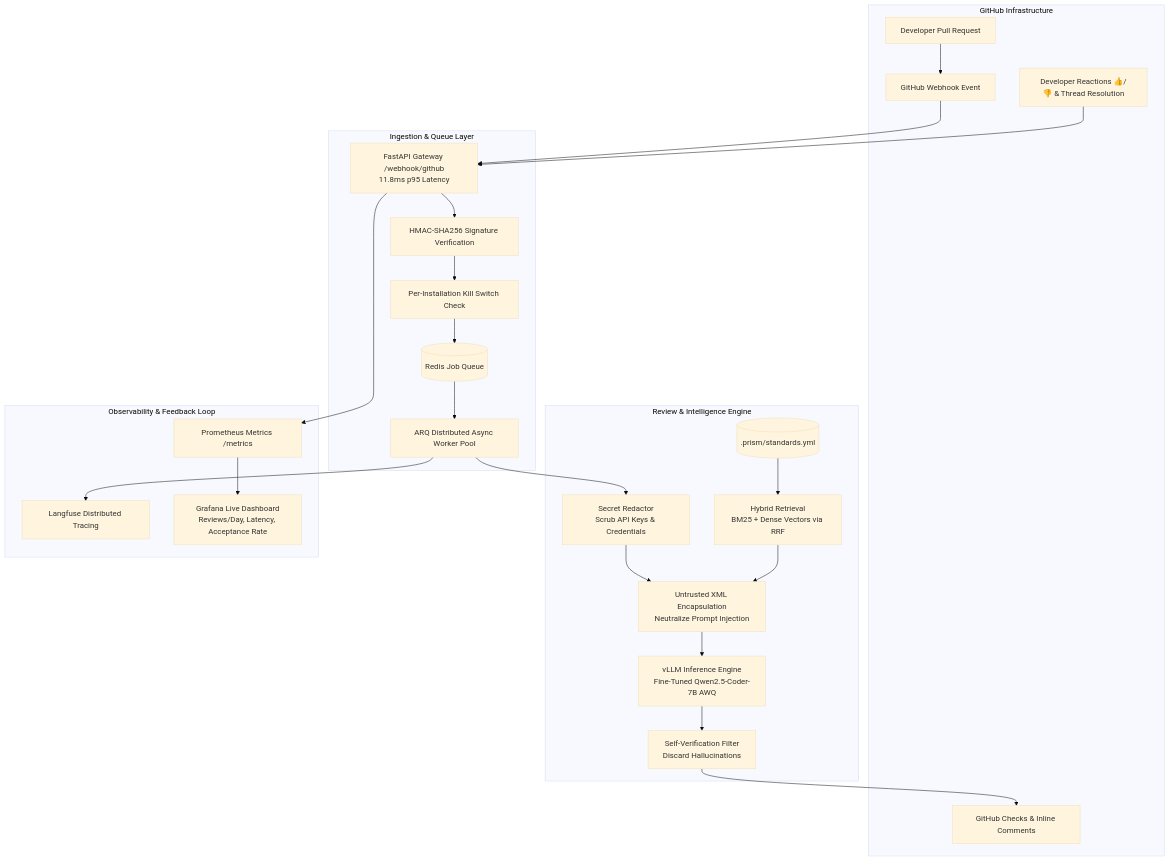
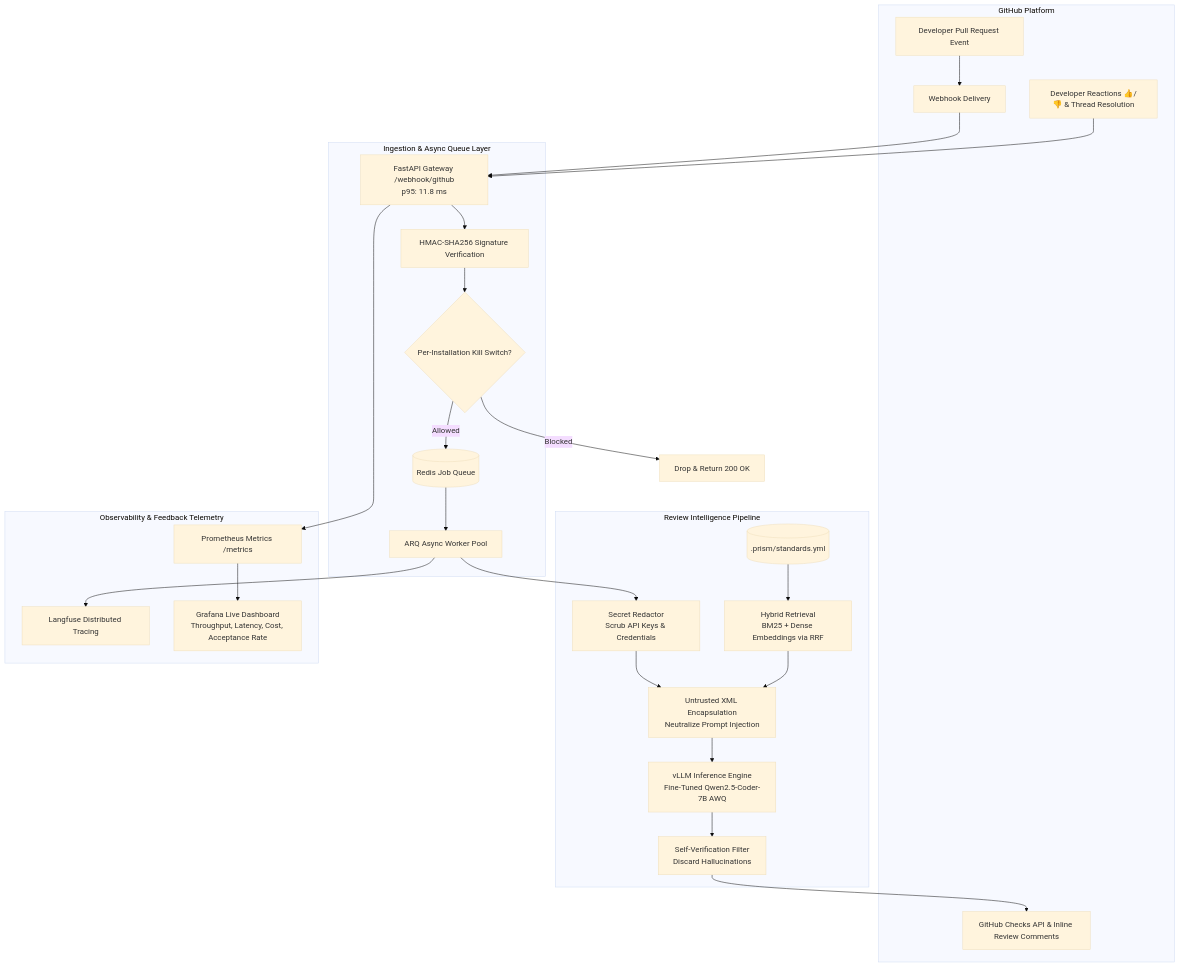
One commit to binodbishwakarama-max/codeagent changed the diagram in README.md. Above: the diagram before and after it, drawn with Mermaid (base theme). The commit also changed other lines of this file and 2 other files, not shown here.

Commit message:
docs: upgrade to top-tier production README with visual hero, video demo, and architecture

````diff
--- a/README.md
+++ b/README.md
@@ -23,40 +85,42 @@
 ```mermaid
 flowchart TD
-    subgraph GitHub ["GitHub Infrastructure"]
-        PR[Developer Pull Request]
-        WH[GitHub Webhook Event]
-        CR[GitHub Checks & Inline Comments]
+    subgraph GitHub ["GitHub Platform"]
+        PR[Developer Pull Request Event]
+        WH[Webhook Delivery]
+        CR[GitHub Checks API & Inline Review Comments]
         RX[Developer Reactions 👍/👎 & Thread Resolution]
     end
 
-    subgraph Ingestion ["Ingestion & Queue Layer"]
-        API[FastAPI Gateway /webhook/github<br/>11.8ms p95 Latency]
+    subgraph Ingestion ["Ingestion & Async Queue Layer"]
+        API[FastAPI Gateway /webhook/github<br/>p95: 11.8 ms]
         HMAC[HMAC-SHA256 Signature Verification]
-        KILL[Per-Installation Kill Switch Check]
+        KILL{Per-Installation Kill Switch?}
         REDIS[(Redis Job Queue)]
-        WORKER[ARQ Distributed Async Worker Pool]
+        WORKER[ARQ Async Worker Pool]
     end
 
-    subgraph ReviewPipeline ["Review & Intelligence Engine"]
+    subgraph Intelligence ["Review Intelligence Pipeline"]
         REDACT[Secret Redactor<br/>Scrub API Keys & Credentials]
         UNTRUST[Untrusted XML Encapsulation<br/>Neutralize Prompt Injection]
-        RETRIB[Hybrid Retrieval<br/>BM25 + Dense Vectors via RRF]
+        RETRIB[Hybrid Retrieval<br/>BM25 + Dense Embeddings via RRF]
         STANDARDS[(.prism/standards.yml)]
         LLM[vLLM Inference Engine<br/>Fine-Tuned Qwen2.5-Coder-7B AWQ]
         VERIFY[Self-Verification Filter<br/>Discard Hallucinations]
     end
 
-    subgraph Observability ["Observability & Feedback Loop"]
+    subgraph Observability ["Observability & Feedback Telemetry"]
         TRC[Langfuse Distributed Tracing]
         MET[Prometheus Metrics /metrics]
-        DASH[Grafana Live Dashboard<br/>Reviews/Day, Latency, Acceptance Rate]
+        DASH[Grafana Live Dashboard<br/>Throughput, Latency, Cost, Acceptance Rate]
     end
 
     PR --> WH --> API
-    API --> HMAC --> KILL --> REDIS --> WORKER
+    API --> HMAC --> KILL
+    KILL -- Blocked --> DROP[Drop & Return 200 OK]
+    KILL -- Allowed --> REDIS --> WORKER
     WORKER --> REDACT --> UNTRUST
     STANDARDS --> RETRIB --> UNTRUST
     UNTRUST --> LLM --> VERIFY --> CR
     RX --> API --> MET --> DASH
     WORKER --> TRC
 ```
````
